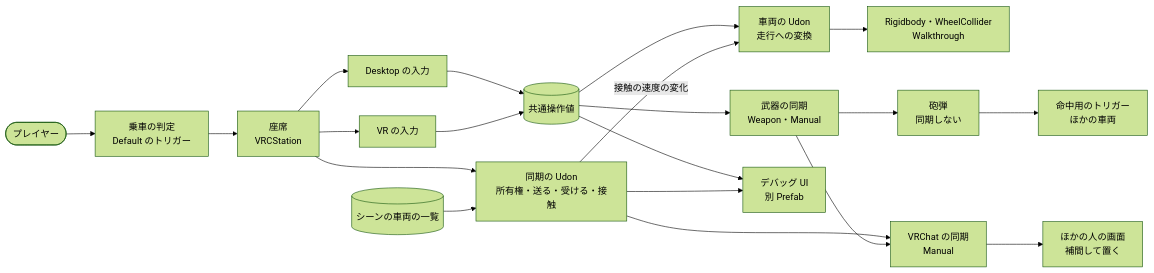
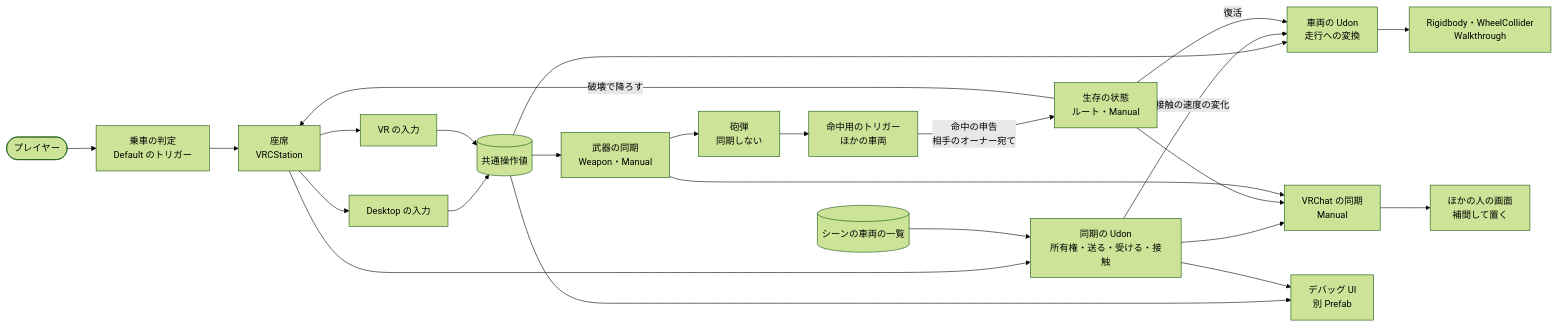
Before and after one commit to yakimannzyuu/YakimaTank: the second of 9 diagrams in Docs/03_Architecture/architecture.md, drawn with Mermaid (forest theme). The commit also changed other lines of this file and 9 other files, not shown here.

````diff
--- a/Docs/03_Architecture/architecture.md
+++ b/Docs/03_Architecture/architecture.md
@@ -35,22 +35,26 @@
 ```mermaid
 flowchart LR
   player([プレイヤー]) --> boarding[乗車の判定<br/>Default のトリガー]
   boarding --> seat[座席<br/>VRCStation]
   seat --> desktop[Desktop の入力]
   seat --> vr[VR の入力]
   desktop --> control[(共通操作値)]
   vr --> control
   control --> vehicle[車両の Udon<br/>走行への変換]
   seat --> sync[同期の Udon<br/>所有権・送る・受ける・接触]
   sync -->|接触の速度の変化| vehicle
   vehicle --> physics[Rigidbody・WheelCollider<br/>Walkthrough]
   sync --> net[VRChat の同期<br/>Manual]
   net --> remote[ほかの人の画面<br/>補間して置く]
   registry[(シーンの車両の一覧)] --> sync
   control --> weapon[武器の同期<br/>Weapon・Manual]
   weapon --> shell[砲弾<br/>同期しない]
   shell --> hitbox[命中用のトリガー<br/>ほかの車両]
+  hitbox -->|命中の申告<br/>相手のオーナー宛て| life[生存の状態<br/>ルート・Manual]
+  life -->|破壊で降ろす| seat
+  life -->|復活| vehicle
+  life --> net
   weapon --> net
   control --> panel[デバッグ UI<br/>別 Prefab]
   sync --> panel
 ```
````
